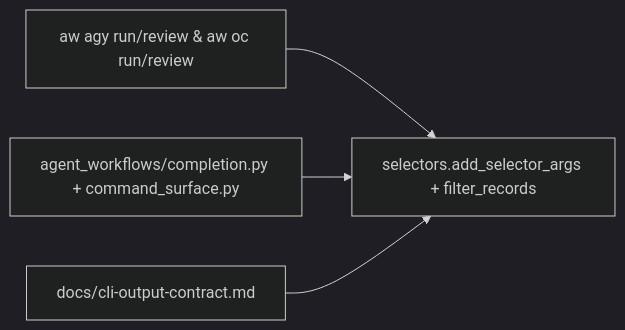
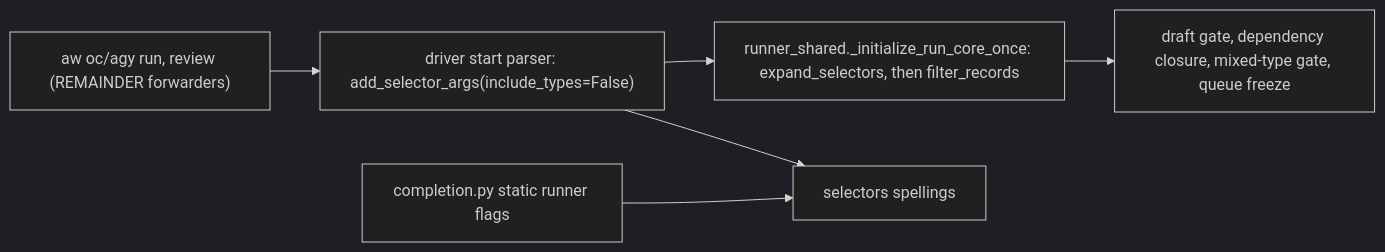
Before and after one commit to fariello/agent-workflows: the first of 2 diagrams in .aw/records/plans/pending/20261122-selectors-03-e36q6r-wire-normalized-artifact-selectors-into-runner-clis-shell-co.ipd.md, drawn with Mermaid (dark theme). The commit also changed other lines of this file and 1 other file, not shown here.

First line of the commit message:
plan-review: harden e36q6r (runner queue seam, include_types=False, agy exec --prompt, completion, docs)

````diff
--- a/.aw/records/plans/pending/20261122-selectors-03-e36q6r-wire-normalized-artifact-selectors-into-runner-clis-shell-co.ipd.md
+++ b/.aw/records/plans/pending/20261122-selectors-03-e36q6r-wire-normalized-artifact-selectors-into-runner-clis-shell-co.ipd.md
@@ -32,6 +36,8 @@
 ```mermaid
 flowchart LR
-    RUNNERS["aw agy run/review & aw oc run/review"] --> SEL["selectors.add_selector_args + filter_records"]
-    COMP["agent_workflows/completion.py + command_surface.py"] --> SEL
-    DOCS["docs/cli-output-contract.md"] --> SEL
+    CLI["aw oc/agy run, review (REMAINDER forwarders)"] --> START["driver start parser: add_selector_args(include_types=False)"]
+    START --> SEAM["runner_shared._initialize_run_core_once: expand_selectors, then filter_records"]
+    SEAM --> GATES["draft gate, dependency closure, mixed-type gate, queue freeze"]
+    COMP["completion.py static runner flags"] --> SPELL["selectors spellings"]
+    START --> SPELL
 ```
````
